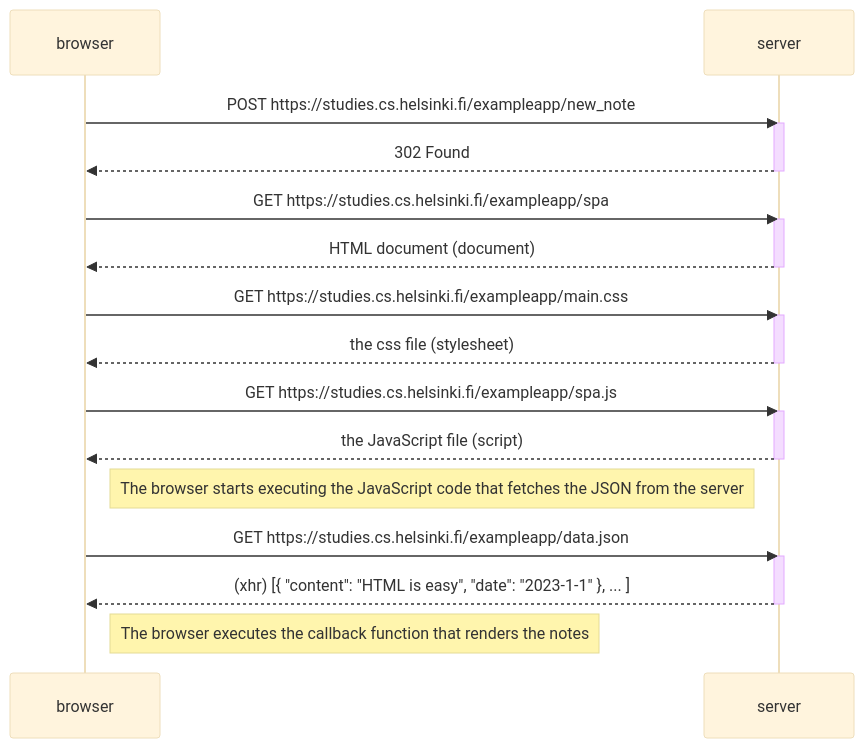
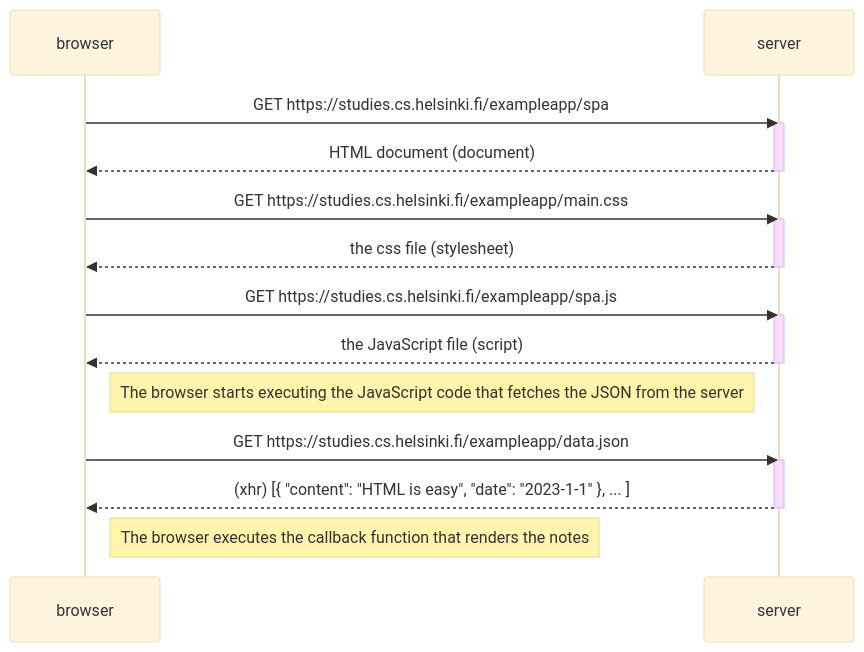
One commit to shurikoi/fs-course changed the diagram in part0/diagram-spa.md. Above: the diagram before and after it, drawn with Mermaid (base theme).

````diff
--- a/part0/diagram-spa.md
+++ b/part0/diagram-spa.md
@@ -1,34 +1,29 @@
 ```mermaid
 sequenceDiagram
     participant browser
     participant server
-
-    browser->>server: POST https://studies.cs.helsinki.fi/exampleapp/new_note
-    activate server
-    server-->>browser: 302 Found
-    deactivate server
 
     browser->>server: GET https://studies.cs.helsinki.fi/exampleapp/spa
     activate server
     server-->>browser: HTML document (document)
     deactivate server
 
     browser->>server: GET https://studies.cs.helsinki.fi/exampleapp/main.css
     activate server
     server-->>browser: the css file (stylesheet)
     deactivate server
 
     browser->>server: GET https://studies.cs.helsinki.fi/exampleapp/spa.js
     activate server
     server-->>browser: the JavaScript file (script)
     deactivate server
 
     Note right of browser: The browser starts executing the JavaScript code that fetches the JSON from the server
 
     browser->>server: GET https://studies.cs.helsinki.fi/exampleapp/data.json
     activate server
     server-->>browser: (xhr) [{ "content": "HTML is easy", "date": "2023-1-1" }, ... ] 
     deactivate server
 
     Note right of browser: The browser executes the callback function that renders the notes
 ```
````
